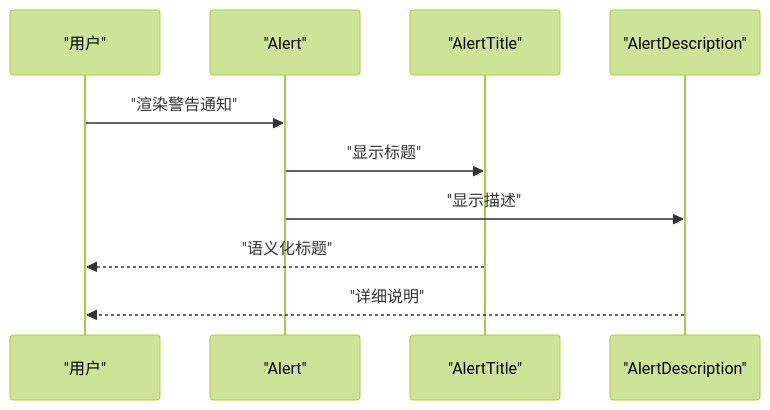
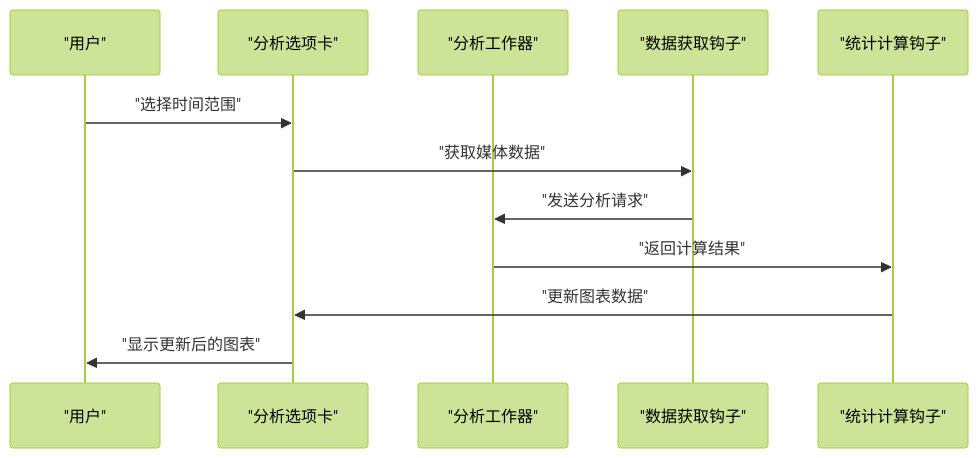
The seventh of 8 diagrams in .qoder/repowiki/zh/content/UI组件系统/UI组件系统.md (RadiumAg/bilibili-favorites), drawn with Mermaid (forest theme) before and after one commit. The commit also changed other lines of this file and 27 other files, not shown here.

````diff
--- a/.qoder/repowiki/zh/content/UI组件系统/UI组件系统.md
+++ b/.qoder/repowiki/zh/content/UI组件系统/UI组件系统.md
@@ -515,12 +753,14 @@
 ```mermaid
 sequenceDiagram
-participant U as "用户"
-participant A as "Alert"
-participant AT as "AlertTitle"
-participant AD as "AlertDescription"
-U->>A : "渲染警告通知"
-A->>AT : "显示标题"
-A->>AD : "显示描述"
-AT-->>U : "语义化标题"
-AD-->>U : "详细说明"
+participant User as "用户"
+participant OptionsTab as "分析选项卡"
+participant Worker as "分析工作器"
+participant DataHook as "数据获取钩子"
+participant StatsHook as "统计计算钩子"
+User->>OptionsTab : "选择时间范围"
+OptionsTab->>DataHook : "获取媒体数据"
+DataHook->>Worker : "发送分析请求"
+Worker->>StatsHook : "返回计算结果"
+StatsHook->>OptionsTab : "更新图表数据"
+OptionsTab->>User : "显示更新后的图表"
 ```
````
